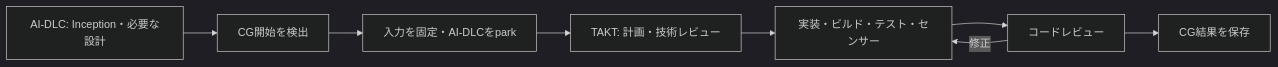
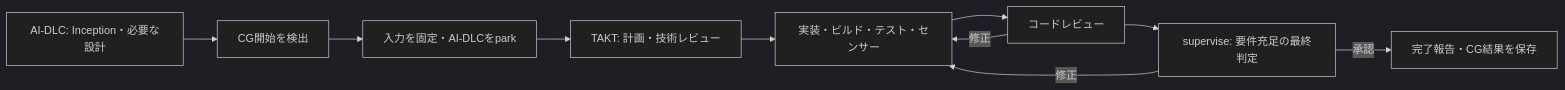
Before and after one commit to ideo-plus/takt-aidlc: the diagram in docs/code-generation.md, drawn with Mermaid (dark theme). The commit also changed other lines of this file and 60 other files, not shown here.

````diff
--- a/docs/code-generation.md
+++ b/docs/code-generation.md
@@ -7,10 +7,12 @@
 ```mermaid
 flowchart LR
   A[AI-DLC: Inception・必要な設計] --> B[CG開始を検出]
   B --> C[入力を固定・AI-DLCをpark]
   C --> D[TAKT: 計画・技術レビュー]
   D --> E[実装・ビルド・テスト・センサー]
   E --> F[コードレビュー]
   F -->|修正| E
-  F --> G[CG結果を保存]
+  F --> G[supervise: 要件充足の最終判定]
+  G -->|修正| E
+  G -->|承認| H[完了報告・CG結果を保存]
 ```
````
